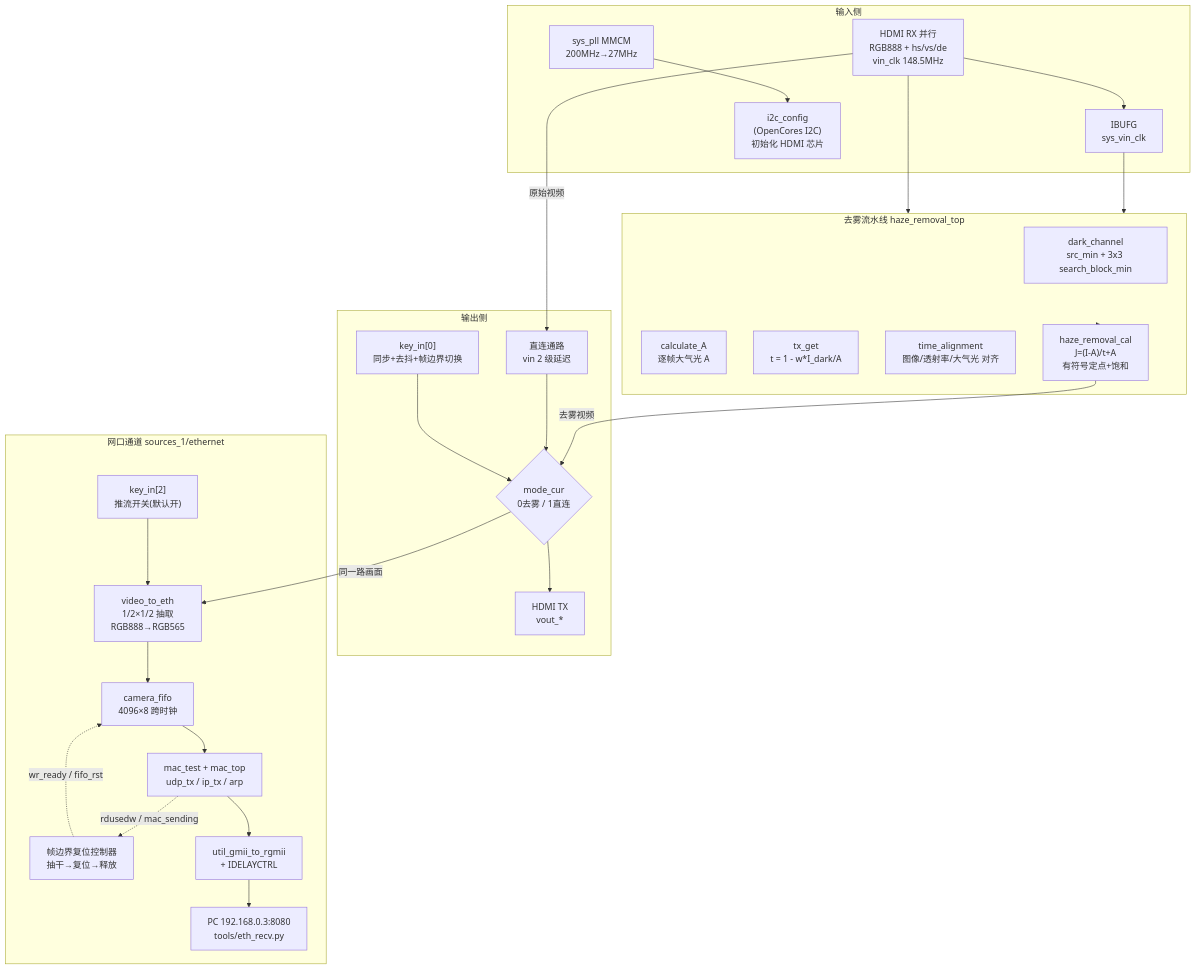
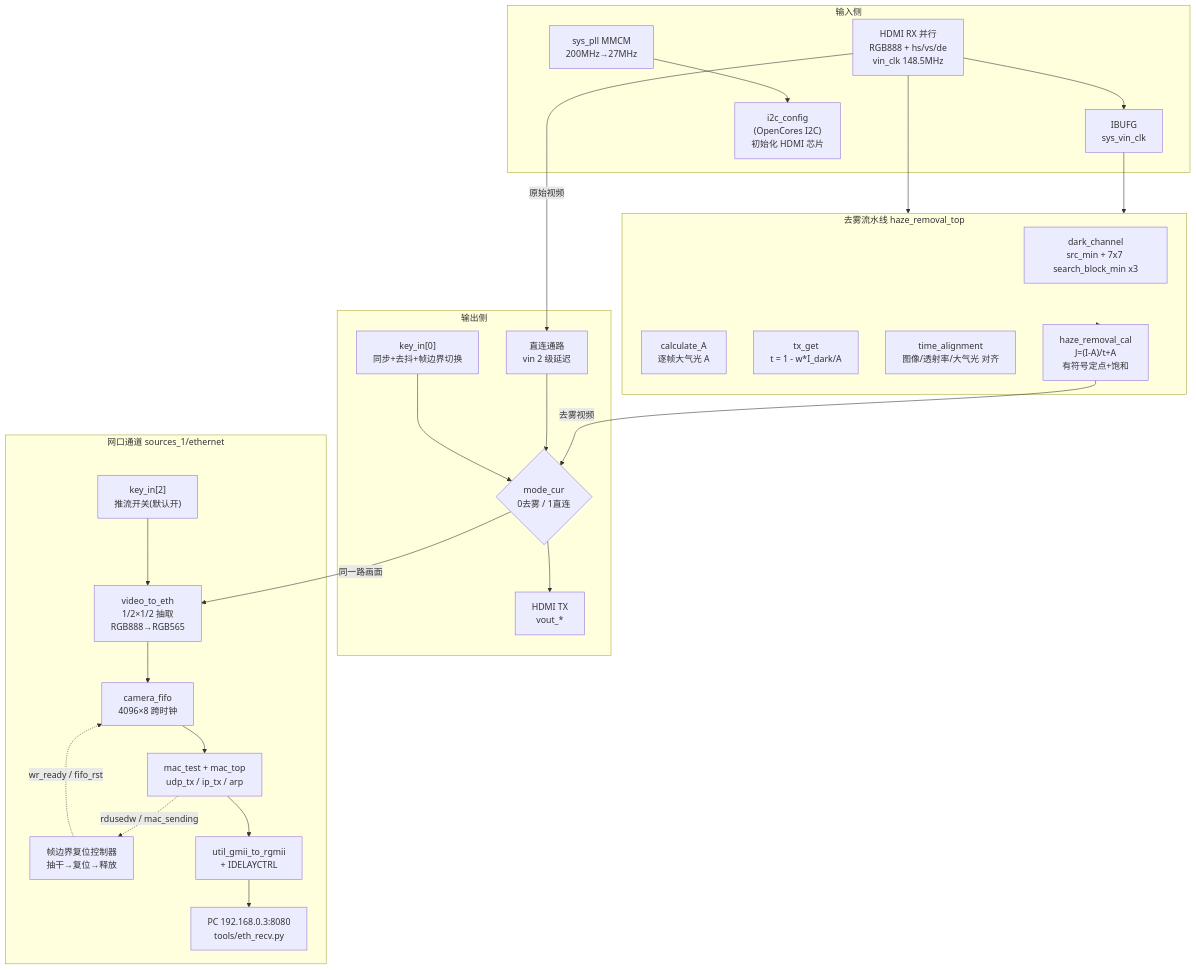
One commit to luuton/HDMI_vedio_processing changed the diagram in readme.md. Above: the diagram before and after it, drawn with Mermaid. The commit also changed other lines of this file and 22 other files, not shown here.

````diff
--- a/readme.md
+++ b/readme.md
@@ -63,49 +63,49 @@
 ```mermaid
 flowchart TD
     subgraph IN["输入侧"]
         RX["HDMI RX 并行<br/>RGB888 + hs/vs/de<br/>vin_clk 148.5MHz"]
         IB["IBUFG<br/>sys_vin_clk"]
         PLL["sys_pll MMCM<br/>200MHz→27MHz"]
         I2C["i2c_config<br/>(OpenCores I2C)<br/>初始化 HDMI 芯片"]
     end
 
     subgraph HAZE["去雾流水线 haze_removal_top"]
-        DC["dark_channel<br/>src_min + 3x3 search_block_min"]
+        DC["dark_channel<br/>src_min + 7x7 search_block_min x3"]
         CA["calculate_A<br/>逐帧大气光 A"]
         TX["tx_get<br/>t = 1 - w*I_dark/A"]
         TA["time_alignment<br/>图像/透射率/大气光 对齐"]
         HC["haze_removal_cal<br/>J=(I-A)/t+A<br/>有符号定点+饱和"]
     end
 
     subgraph OUT["输出侧"]
         SW{"mode_cur<br/>0去雾 / 1直连"}
         DP["直连通路<br/>vin 2 级延迟"]
         KEY["key_in[0]<br/>同步+去抖+帧边界切换"]
         OTX["HDMI TX<br/>vout_*"]
     end
 
     subgraph ETH["网口通道 sources_1/ethernet"]
         V2E["video_to_eth<br/>1/2×1/2 抽取<br/>RGB888→RGB565"]
         KEY2["key_in[2]<br/>推流开关(默认开)"]
         FIFO["camera_fifo<br/>4096×8 跨时钟"]
         FSM["帧边界复位控制器<br/>抽干→复位→释放"]
         MAC["mac_test + mac_top<br/>udp_tx / ip_tx / arp"]
         PHY["util_gmii_to_rgmii<br/>+ IDELAYCTRL"]
         PC["PC 192.168.0.3:8080<br/>tools/eth_recv.py"]
     end
 
     RX --> IB --> HAZE
     RX --> HAZE
     PLL --> I2C
     HAZE --> HC
 
     HC -->|"去雾视频"| SW
     RX -->|"原始视频"| DP --> SW
     KEY --> SW
     SW --> OTX
     SW -->|"同一路画面"| V2E
     KEY2 --> V2E
     V2E --> FIFO --> MAC --> PHY --> PC
     FSM -.->|"wr_ready / fifo_rst"| FIFO
     MAC -.->|"rdusedw / mac_sending"| FSM
 ```
````
